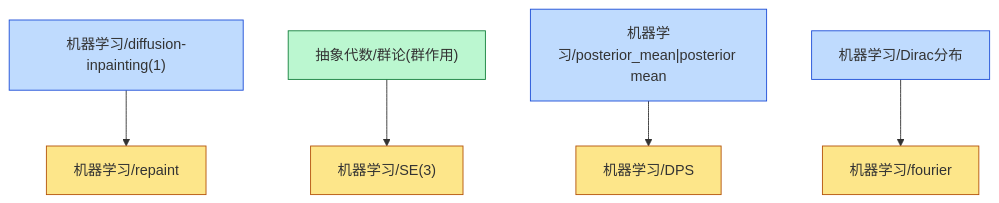
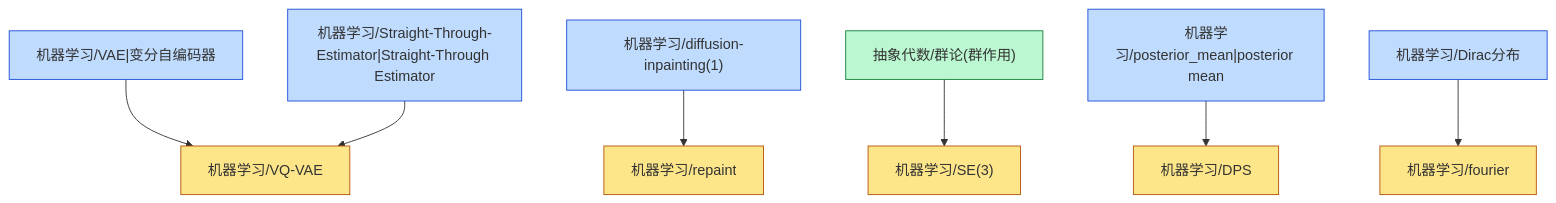
The diagram in content/机器学习/dependency_graph.md (zeroDtree/zeroDtree.github.io), drawn with Mermaid before and after one commit. The commit also changed 9 other files, not shown here.

````diff
--- a/content/机器学习/dependency_graph.md
+++ b/content/机器学习/dependency_graph.md
@@ -1,13 +1,15 @@
 ```mermaid
 graph TD
-1["机器学习/diffusion-inpainting(1)"] --> 0["机器学习/repaint"]
-3["抽象代数/群论(群作用)"] --> 2["机器学习/SE(3)"]
-5["机器学习/posterior_mean|posterior mean"] --> 4["机器学习/DPS"]
-7["机器学习/Dirac分布"] --> 6["机器学习/fourier"]
+1["机器学习/VAE|变分自编码器"] --> 0["机器学习/VQ-VAE"]
+2["机器学习/Straight-Through-Estimator|Straight-Through Estimator"] --> 0["机器学习/VQ-VAE"]
+4["机器学习/diffusion-inpainting(1)"] --> 3["机器学习/repaint"]
+6["抽象代数/群论(群作用)"] --> 5["机器学习/SE(3)"]
+8["机器学习/posterior_mean|posterior mean"] --> 7["机器学习/DPS"]
+10["机器学习/Dirac分布"] --> 9["机器学习/fourier"]
 classDef leaf fill:#fde68a,stroke:#b45309
-class 0,2,4,6 leaf
+class 0,3,5,7,9 leaf
 classDef root fill:#bfdbfe,stroke:#1d4ed8
-class 1,5,7 root
+class 1,2,4,8,10 root
 classDef foundationRoot fill:#bbf7d0,stroke:#15803d
-class 3 foundationRoot
+class 6 foundationRoot
 ```
````
